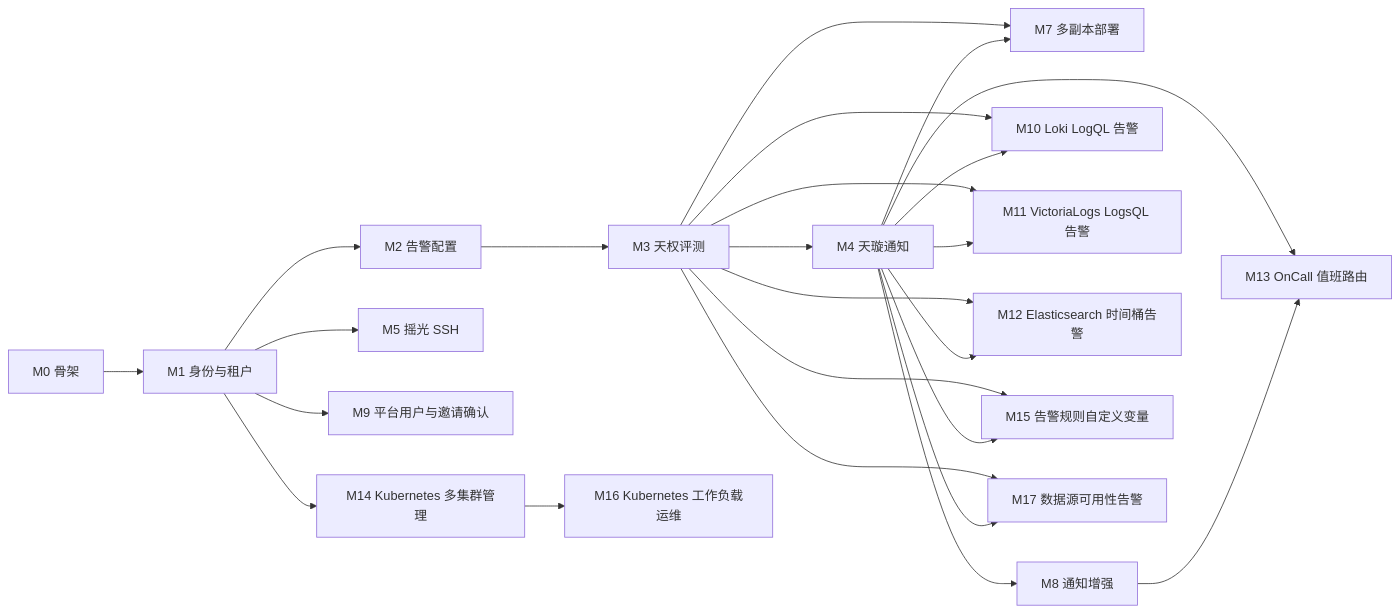
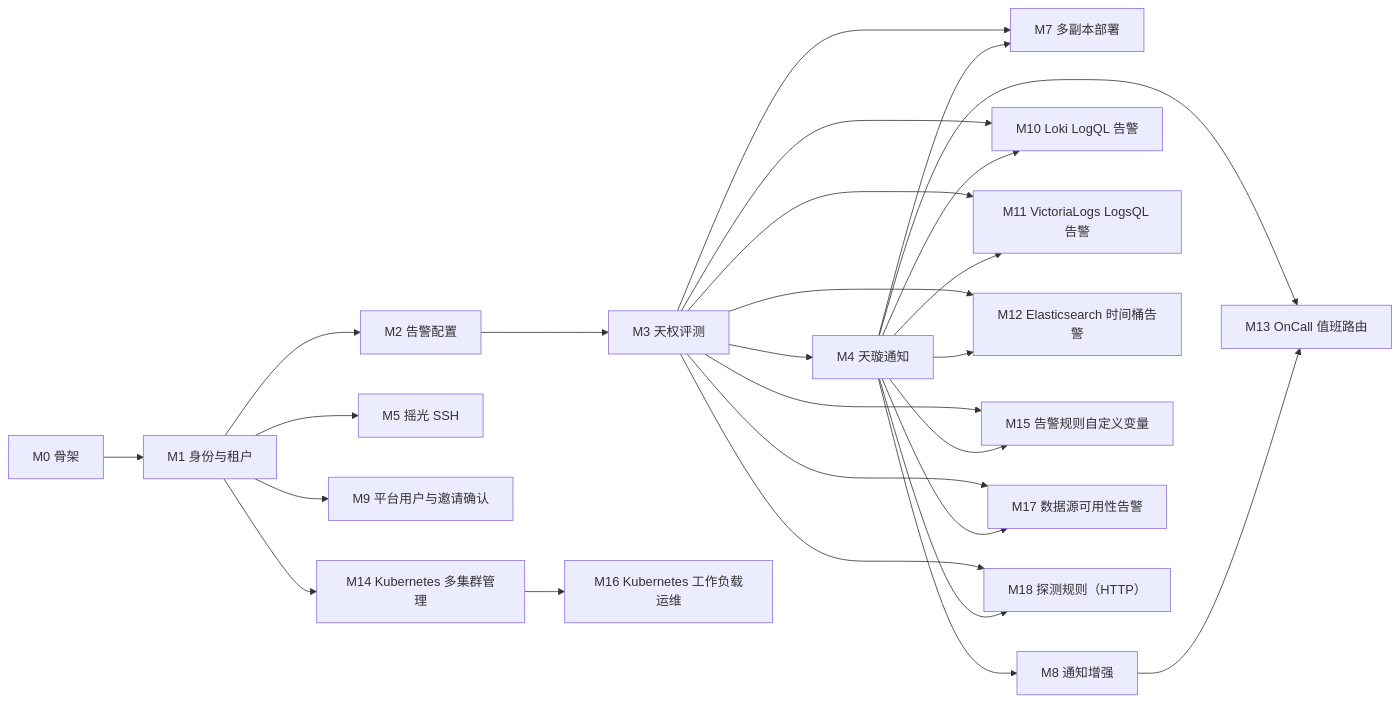
Before and after one commit to aide-family/moon: the diagram in docs/roadmap.md, drawn with Mermaid. The commit also changed other lines of this file and 21 other files, not shown here.

````diff
--- a/docs/roadmap.md
+++ b/docs/roadmap.md
@@ -43,40 +44,43 @@
 ```mermaid
 flowchart LR
   m0[M0 骨架]
   m1[M1 身份与租户]
   m2[M2 告警配置]
   m3[M3 天权评测]
   m4[M4 天璇通知]
   m5[M5 摇光 SSH]
   m7[M7 多副本部署]
   m8[M8 通知增强]
   m9[M9 平台用户与邀请确认]
   m10[M10 Loki LogQL 告警]
   m11[M11 VictoriaLogs LogsQL 告警]
   m12[M12 Elasticsearch 时间桶告警]
   m13[M13 OnCall 值班路由]
   m14[M14 Kubernetes 多集群管理]
   m15[M15 告警规则自定义变量]
   m16[M16 Kubernetes 工作负载运维]
   m17[M17 数据源可用性告警]
+  m18[M18 探测规则（HTTP）]
   m0 --> m1 --> m2 --> m3 --> m4
   m1 --> m5
   m1 --> m9
   m1 --> m14
   m14 --> m16
   m3 --> m7
   m4 --> m7
   m4 --> m8
   m3 --> m10
   m4 --> m10
   m3 --> m11
   m4 --> m11
   m3 --> m12
   m4 --> m12
   m4 --> m13
   m8 --> m13
   m3 --> m15
   m4 --> m15
   m3 --> m17
   m4 --> m17
+  m3 --> m18
+  m4 --> m18
 ```
````
